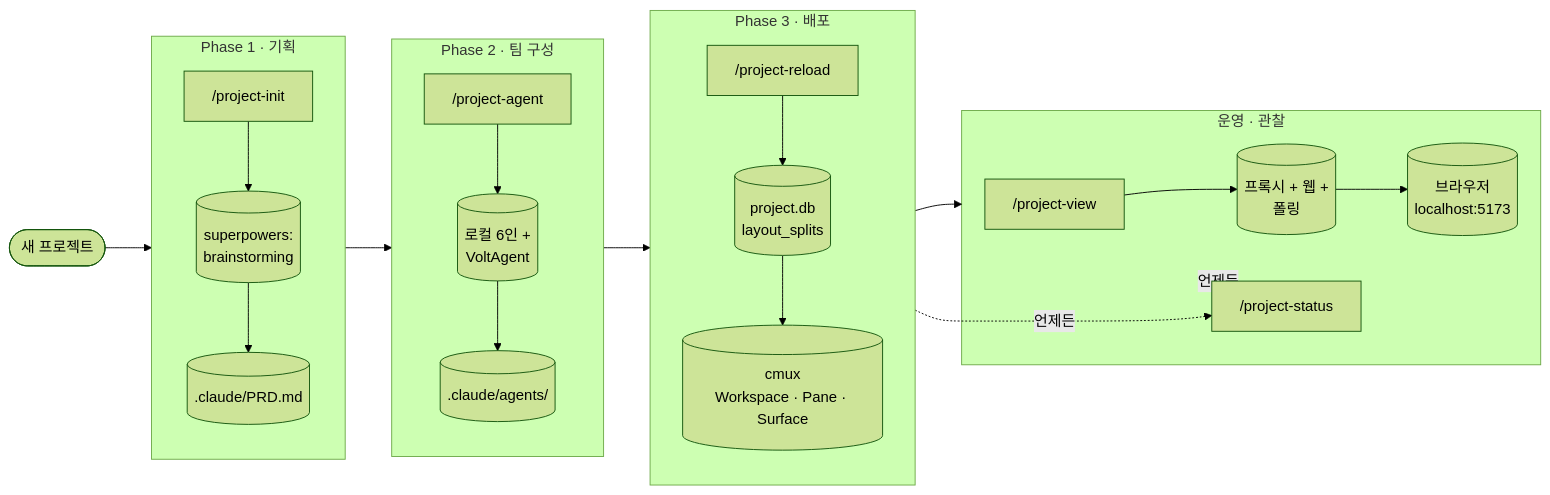
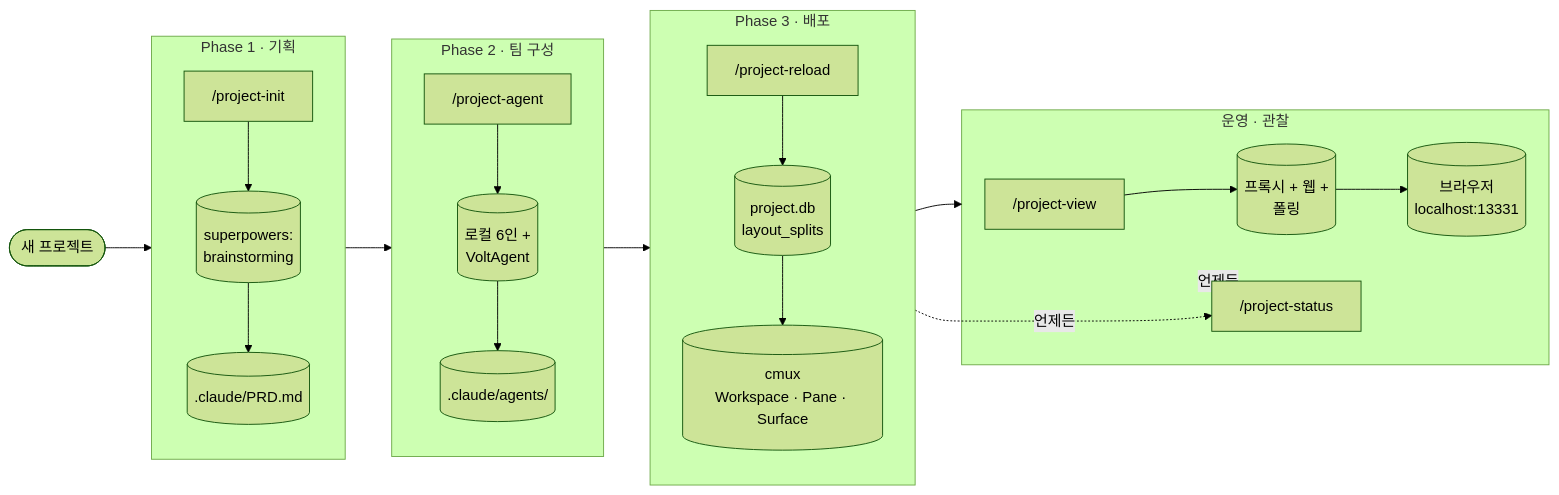
Before and after one commit to merong/cmux-workshop: the second of 10 diagrams in README-ko.md, drawn with Mermaid (forest theme). The commit also changed other lines of this file and 15 other files, not shown here.

````diff
--- a/README-ko.md
+++ b/README-ko.md
@@ -125,37 +125,37 @@
 ```mermaid
 flowchart LR
     Start([새 프로젝트])
 
     subgraph Phase1["Phase 1 · 기획"]
         I["/project-init"]
         BS[("superpowers:<br/>brainstorming")]
         PRD[(".claude/PRD.md")]
         I --> BS --> PRD
     end
 
     subgraph Phase2["Phase 2 · 팀 구성"]
         A["/project-agent"]
         Lib[("로컬 6인 +<br/>VoltAgent")]
         Per[(".claude/agents/")]
         A --> Lib --> Per
     end
 
     subgraph Phase3["Phase 3 · 배포"]
         R["/project-reload"]
         DB[("project.db<br/>layout_splits")]
         Panes[("cmux<br/>Workspace · Pane · Surface")]
         R --> DB --> Panes
     end
 
     subgraph Ops["운영 · 관찰"]
         V["/project-view"]
         Mon[("프록시 + 웹 +<br/>폴링")]
-        UI[("브라우저<br/>localhost:5173")]
+        UI[("브라우저<br/>localhost:13331")]
         S["/project-status"]
         V --> Mon --> UI
     end
 
     Start --> Phase1 --> Phase2 --> Phase3 --> Ops
     Phase3 -.언제든.-> S
     Ops -.언제든.-> S
 ```
````
